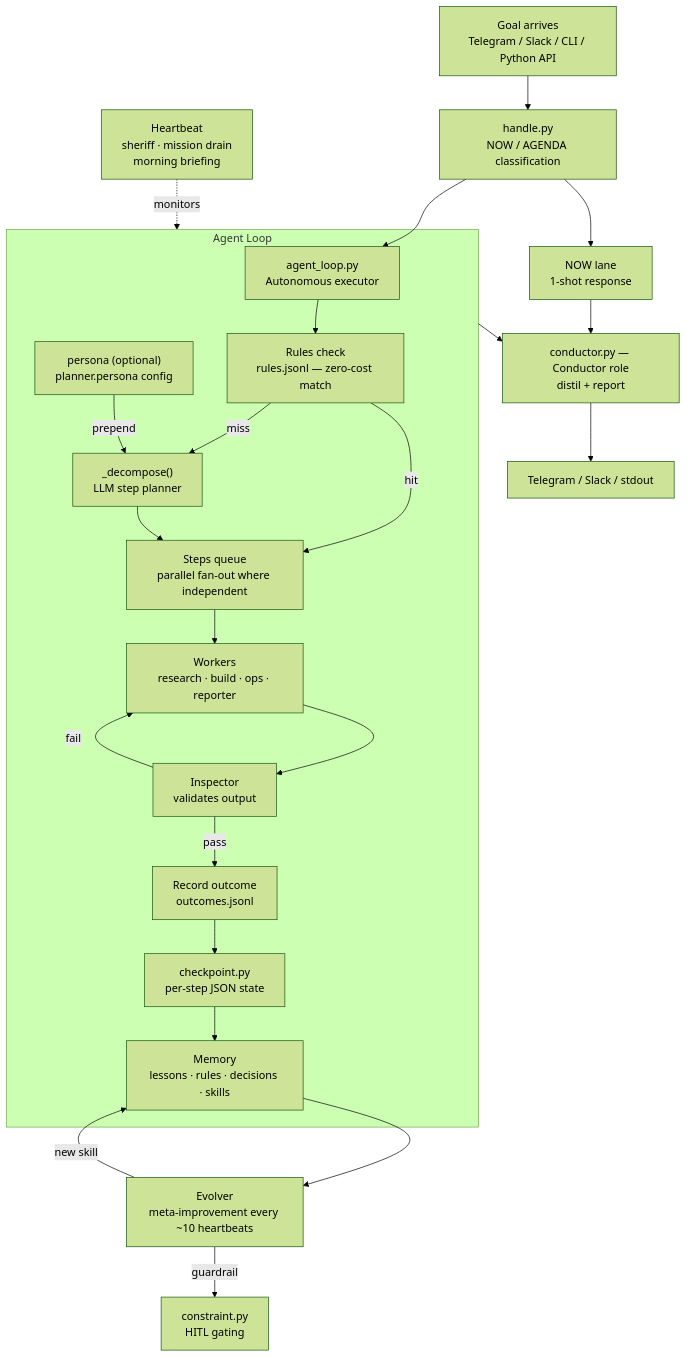
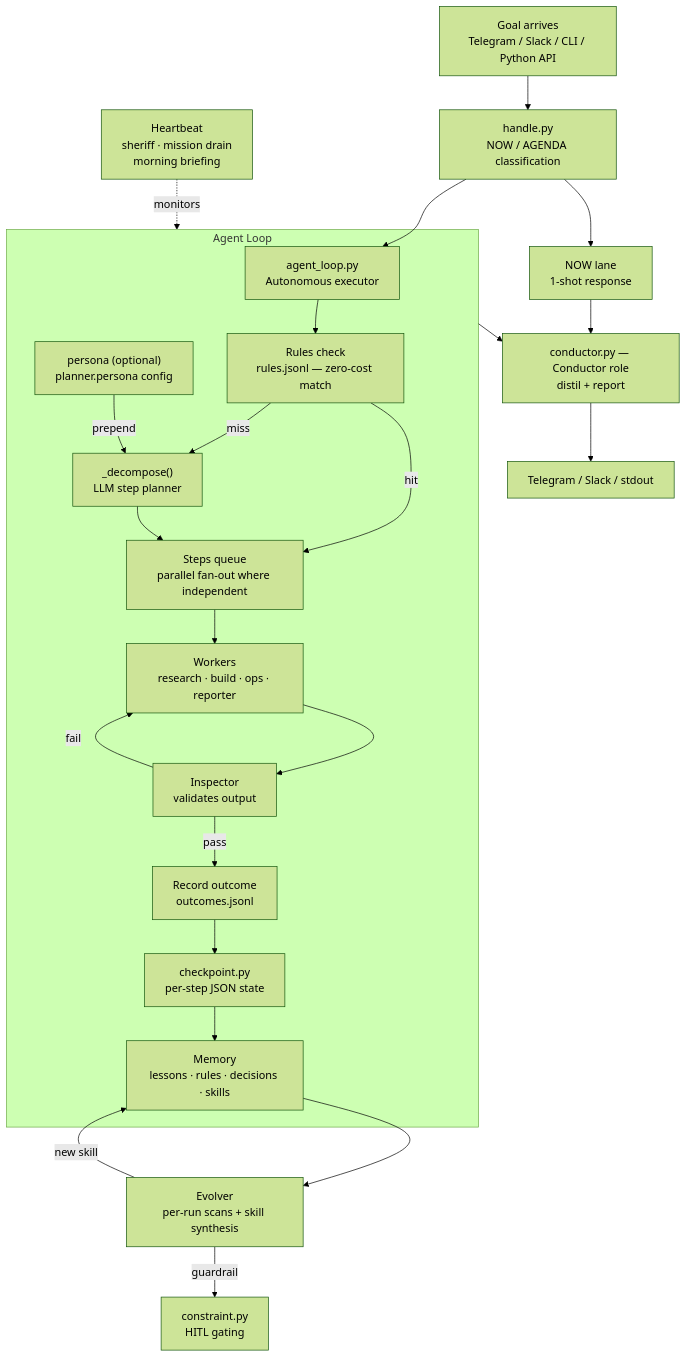
The diagram in README.md (slycrel/maro-orchestration), drawn with Mermaid (forest theme) before and after one commit. The commit also changed other lines of this file, not shown here.

First line of the commit message:
docs(readme): reposition — accountability-first, self-improvement staged to what fires

````diff
--- a/README.md
+++ b/README.md
@@ -40,33 +56,33 @@
 ```mermaid
 flowchart TD
     IN["Goal arrives\nTelegram / Slack / CLI / Python API"]
     IN --> H[handle.py\nNOW / AGENDA classification]
 
     H --> NOW["NOW lane\n1-shot response"]
     H --> AL[agent_loop.py\nAutonomous executor]
 
     subgraph LOOP["Agent Loop"]
         AL --> RC["Rules check\nrules.jsonl — zero-cost match"]
         RC -->|hit| STEPS
         RC -->|miss| DC["_decompose()\nLLM step planner"]
         PER["persona (optional)\nplanner.persona config"] -->|prepend| DC
         DC --> STEPS["Steps queue\nparallel fan-out where independent"]
 
         STEPS --> WK["Workers\nresearch · build · ops · reporter"]
         WK --> INS[Inspector\nvalidates output]
         INS -->|pass| REC["Record outcome\noutcomes.jsonl"]
         INS -->|fail| WK
         REC --> CKP["checkpoint.py\nper-step JSON state"]
         CKP --> MEM["Memory\nlessons · rules · decisions · skills"]
     end
 
-    MEM --> EV["Evolver\nmeta-improvement every ~10 heartbeats"]
+    MEM --> EV["Evolver\nper-run scans + skill synthesis"]
     EV -->|new skill| MEM
     EV -->|guardrail| CON[constraint.py\nHITL gating]
 
     LOOP --> CEO["conductor.py — Conductor role\ndistil + report"]
     NOW --> CEO
     CEO --> OUT["Telegram / Slack / stdout"]
 
     HB["Heartbeat\nsheriff · mission drain\nmorning briefing"] -.->|monitors| LOOP
 ```
````
